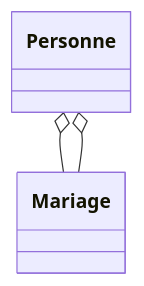
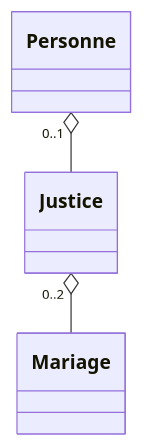
The third of 4 diagrams in README.md (ROUBAUD-Axel-2225073b/TD3uml), drawn with Mermaid before and after one commit. The commit also changed other lines of this file, not shown here.

````diff
--- a/README.md
+++ b/README.md
@@ -27,7 +28,9 @@
 ```mermaid
-classDiagram
+  classDiagram
   class Personne
+  class Justice
   class Mariage
-  Personne o-- Mariage
-  Personne o-- Mariage
+
+  Personne "0..1" o-- Justice
+  Justice "0..2" o-- Mariage
 ```
````
